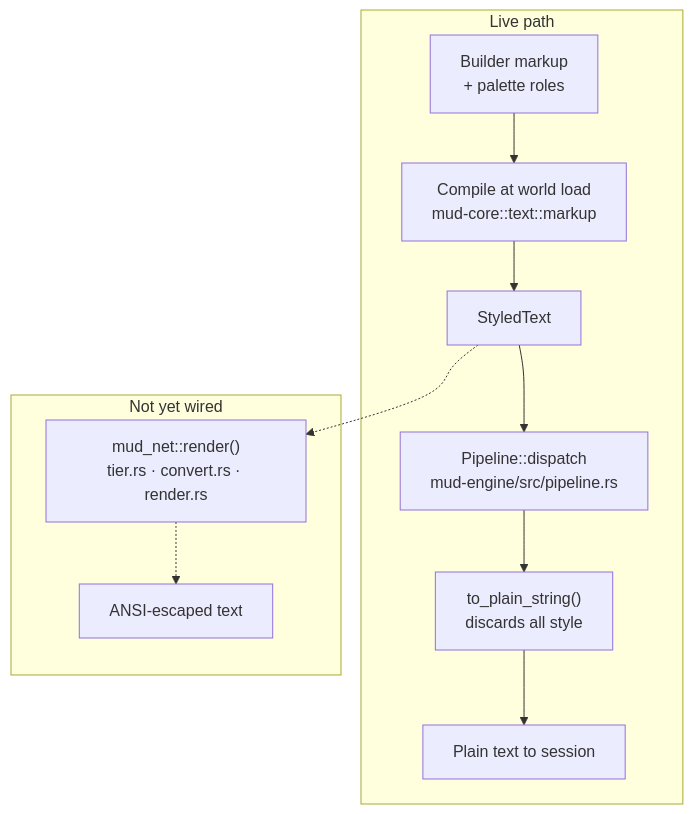
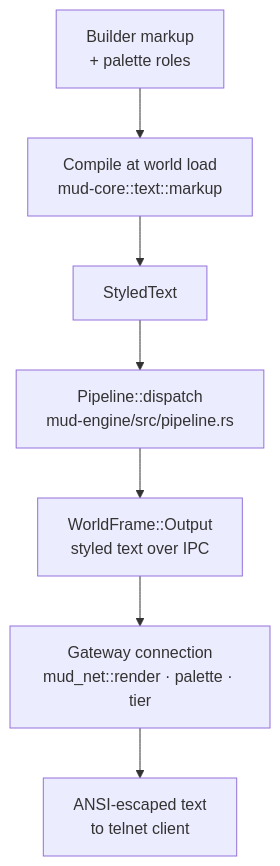
One commit to k3rn31/ferrodun changed the diagram in docs/docs/architecture/rendering.md. Above: the diagram before and after it, drawn with Mermaid. The commit also changed other lines of this file and 31 other files, not shown here.

````diff
--- a/docs/docs/architecture/rendering.md
+++ b/docs/docs/architecture/rendering.md
@@ -48,15 +55,9 @@
 ```mermaid
 flowchart TD
-    subgraph Live["Live path"]
-        M["Builder markup<br/>+ palette roles"] --> C["Compile at world load<br/>mud-core::text::markup"]
-        C --> ST[StyledText]
-        ST --> P["Pipeline::dispatch<br/>mud-engine/src/pipeline.rs"]
-        P --> Flat["to_plain_string()<br/>discards all style"]
-        Flat --> Out[Plain text to session]
-    end
-
-    subgraph NotWired["Not yet wired"]
-        ST -.-> R["mud_net::render()<br/>tier.rs · convert.rs · render.rs"]
-        R -.-> Ansi[ANSI-escaped text]
-    end
+    M["Builder markup<br/>+ palette roles"] --> C["Compile at world load<br/>mud-core::text::markup"]
+    C --> ST[StyledText]
+    ST --> P["Pipeline::dispatch<br/>mud-engine/src/pipeline.rs"]
+    P --> F["WorldFrame::Output<br/>styled text over IPC"]
+    F --> R["Gateway connection<br/>mud_net::render · palette · tier"]
+    R --> A["ANSI-escaped text<br/>to telnet client"]
 ```
````
